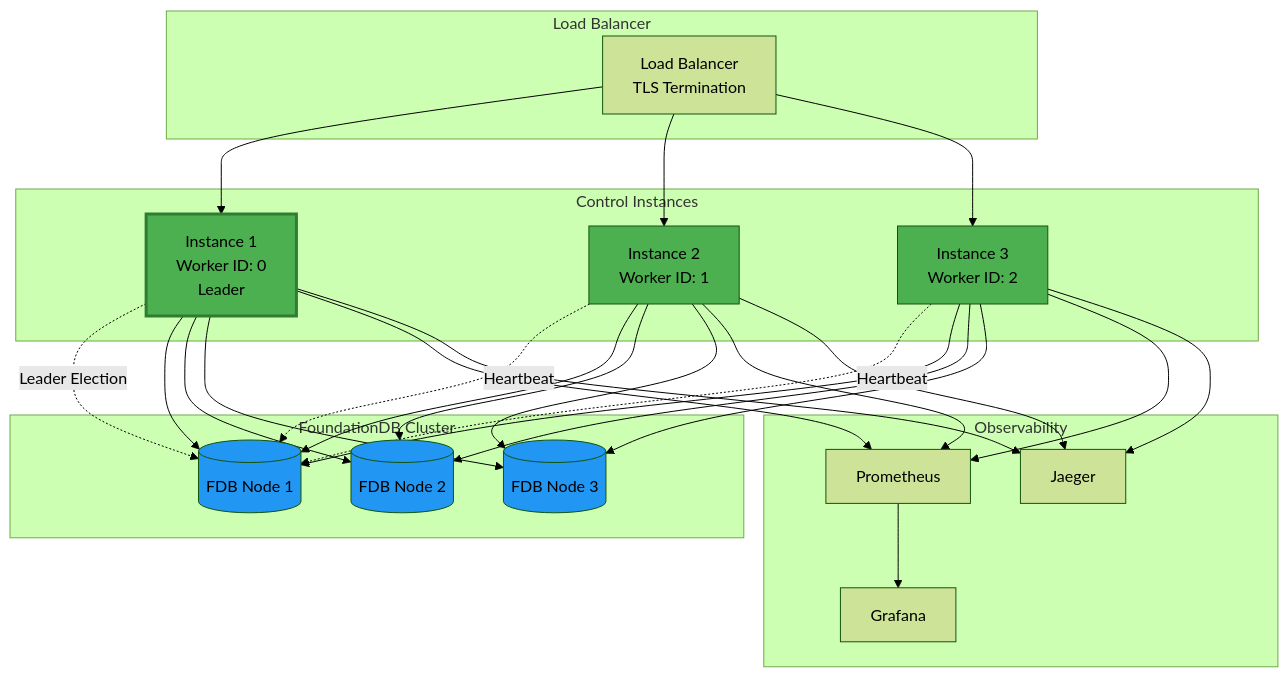
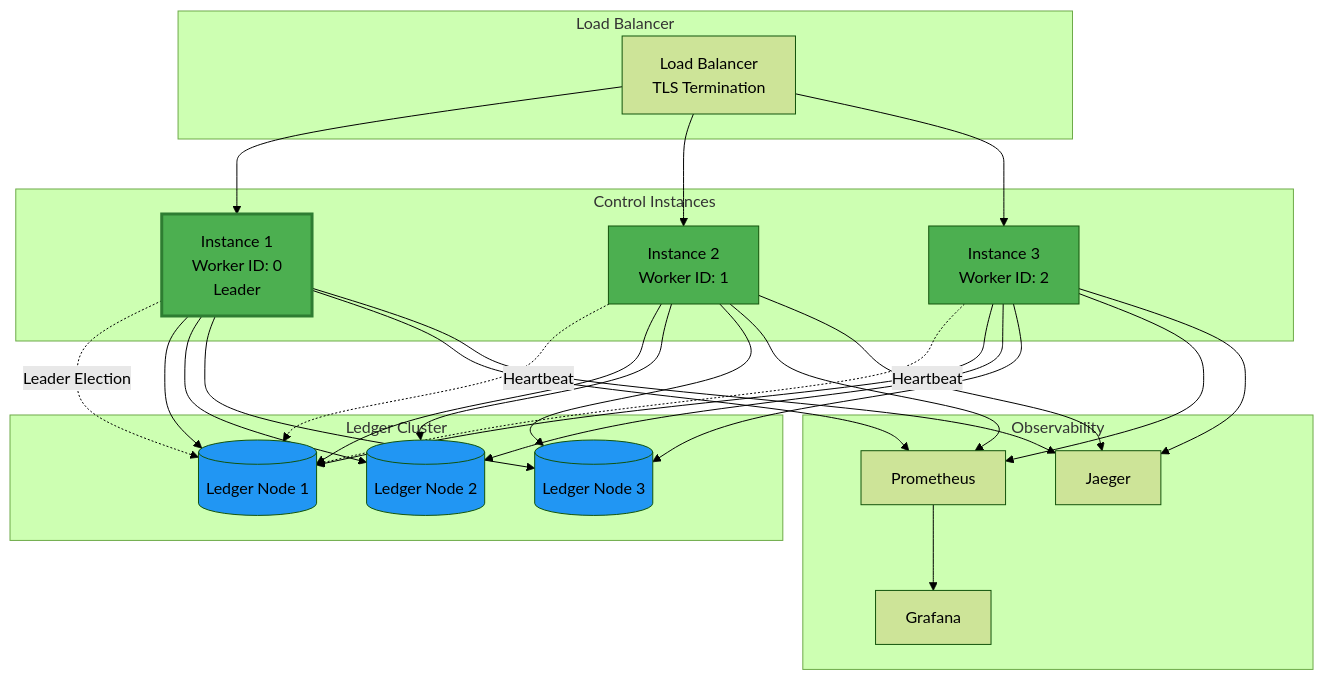
Before and after one commit to inferadb/control: the third of 10 diagrams in docs/architecture.md, drawn with Mermaid (forest theme). The commit also changed other lines of this file and 61 other files, not shown here.

Commit message:
improve: fdb → ledger

````diff
--- a/docs/architecture.md
+++ b/docs/architecture.md
@@ -129,61 +129,61 @@
 ```mermaid
 graph TB
     subgraph "Load Balancer"
         LB[Load Balancer<br/>TLS Termination]
     end
 
     subgraph "Control Instances"
         API1[Instance 1<br/>Worker ID: 0<br/>Leader]
         API2[Instance 2<br/>Worker ID: 1]
         API3[Instance 3<br/>Worker ID: 2]
     end
 
-    subgraph "FoundationDB Cluster"
-        FDB1[(FDB Node 1)]
-        FDB2[(FDB Node 2)]
-        FDB3[(FDB Node 3)]
+    subgraph "Ledger Cluster"
+        Ledger1[(Ledger Node 1)]
+        Ledger2[(Ledger Node 2)]
+        Ledger3[(Ledger Node 3)]
     end
 
     subgraph "Observability"
         Prom[Prometheus]
         Jaeger[Jaeger]
         Grafana[Grafana]
     end
 
     LB --> API1
     LB --> API2
     LB --> API3
 
-    API1 -.Leader Election.-> FDB1
-    API2 -.Heartbeat.-> FDB1
-    API3 -.Heartbeat.-> FDB1
+    API1 -.Leader Election.-> Ledger1
+    API2 -.Heartbeat.-> Ledger1
+    API3 -.Heartbeat.-> Ledger1
 
-    API1 --> FDB1
-    API1 --> FDB2
-    API1 --> FDB3
+    API1 --> Ledger1
+    API1 --> Ledger2
+    API1 --> Ledger3
 
-    API2 --> FDB1
-    API2 --> FDB2
-    API2 --> FDB3
+    API2 --> Ledger1
+    API2 --> Ledger2
+    API2 --> Ledger3
 
-    API3 --> FDB1
-    API3 --> FDB2
-    API3 --> FDB3
+    API3 --> Ledger1
+    API3 --> Ledger2
+    API3 --> Ledger3
 
     API1 --> Prom
     API2 --> Prom
     API3 --> Prom
 
     API1 --> Jaeger
     API2 --> Jaeger
     API3 --> Jaeger
 
     Prom --> Grafana
 
     style API1 fill:#4CAF50,stroke:#2E7D32,stroke-width:3px
     style API2 fill:#4CAF50
     style API3 fill:#4CAF50
-    style FDB1 fill:#2196F3
-    style FDB2 fill:#2196F3
-    style FDB3 fill:#2196F3
+    style Ledger1 fill:#2196F3
+    style Ledger2 fill:#2196F3
+    style Ledger3 fill:#2196F3
 ```
````
